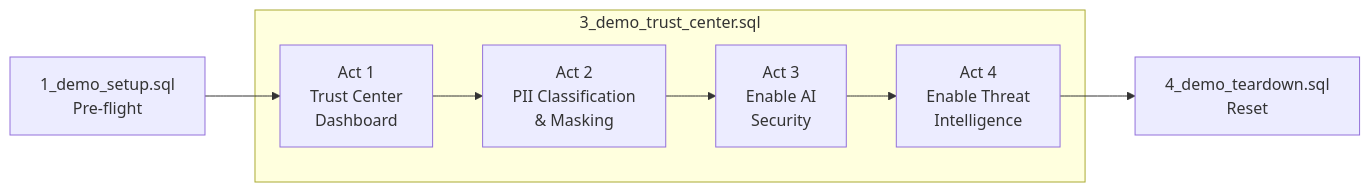
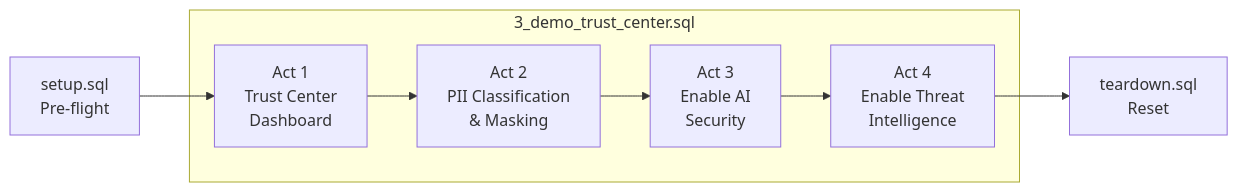
One commit to sfc-gh-cmoynihan/trust changed the second of 2 diagrams in README.md. Above: the diagram before and after it, drawn with Mermaid. The commit also changed other lines of this file and 5 other files, not shown here.

First line of the commit message:
Consolidate into README.md, setup.sql, teardown.sql

````diff
--- a/README.md
+++ b/README.md
@@ -63,10 +58,10 @@
 ```mermaid
 flowchart LR
-    SETUP["1_demo_setup.sql\nPre-flight"] --> ACT1
+    SETUP["setup.sql\nPre-flight"] --> ACT1
     subgraph demo ["3_demo_trust_center.sql"]
         ACT1["Act 1\nTrust Center\nDashboard"] --> ACT2["Act 2\nPII Classification\n& Masking"]
         ACT2 --> ACT3["Act 3\nEnable AI\nSecurity"]
         ACT3 --> ACT4["Act 4\nEnable Threat\nIntelligence"]
     end
-    ACT4 --> TEARDOWN["4_demo_teardown.sql\nReset"]
+    ACT4 --> TEARDOWN["teardown.sql\nReset"]
 ```
````
